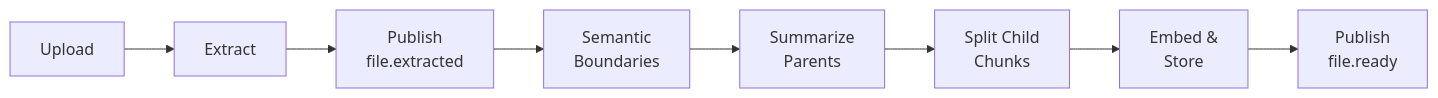
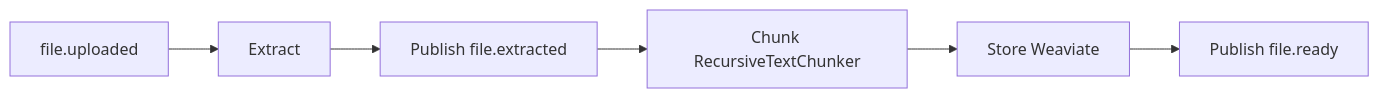
The second of 3 diagrams in README.md (JackTran15/files-assistant-system), drawn with Mermaid before and after one commit. The commit also changed other lines of this file and 82 other files, not shown here.

````diff
--- a/README.md
+++ b/README.md
@@ -412,10 +394,8 @@
 ```mermaid
 flowchart LR
-    A[Upload] --> B[Extract]
-    B --> C[Publish<br/>file.extracted]
-    C --> D[Semantic<br/>Boundaries]
-    D --> E[Summarize<br/>Parents]
-    E --> F[Split Child<br/>Chunks]
-    F --> G[Embed &<br/>Store]
-    G --> H[Publish<br/>file.ready]
+    A[file.uploaded] --> B[Extract]
+    B --> C[Publish file.extracted]
+    C --> D[Chunk RecursiveTextChunker]
+    D --> E[Store Weaviate]
+    E --> F[Publish file.ready]
 ```
````
